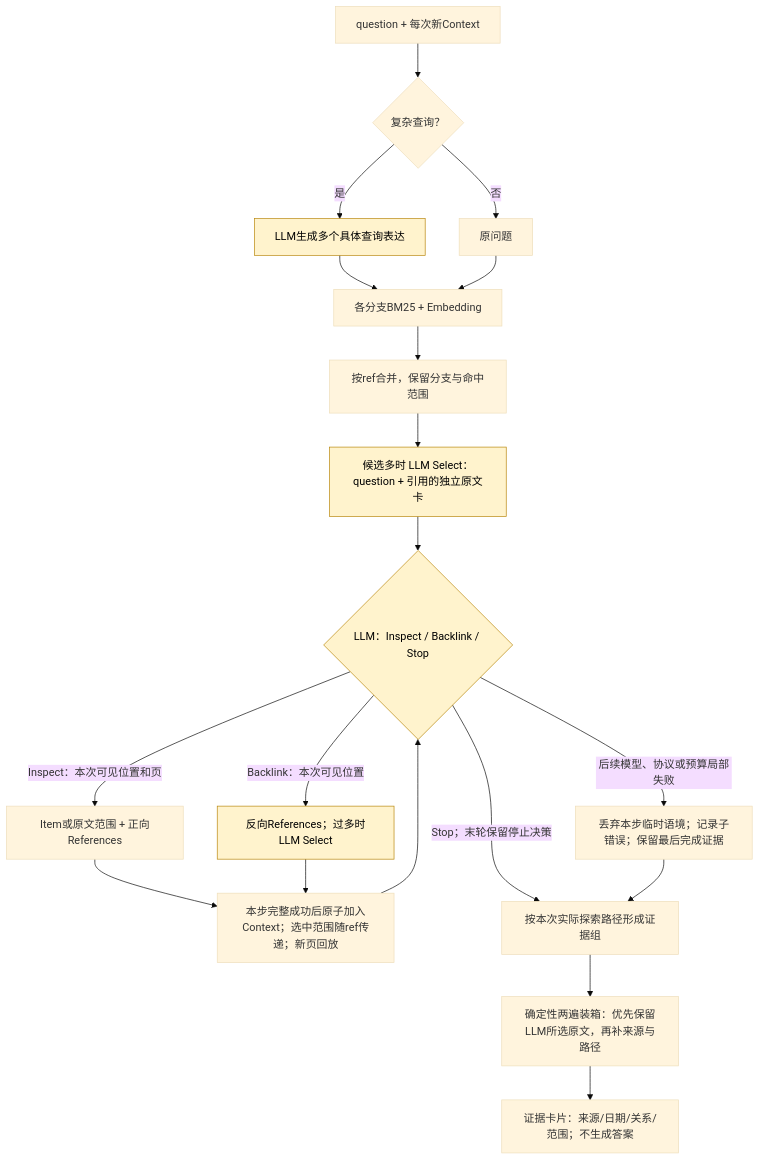
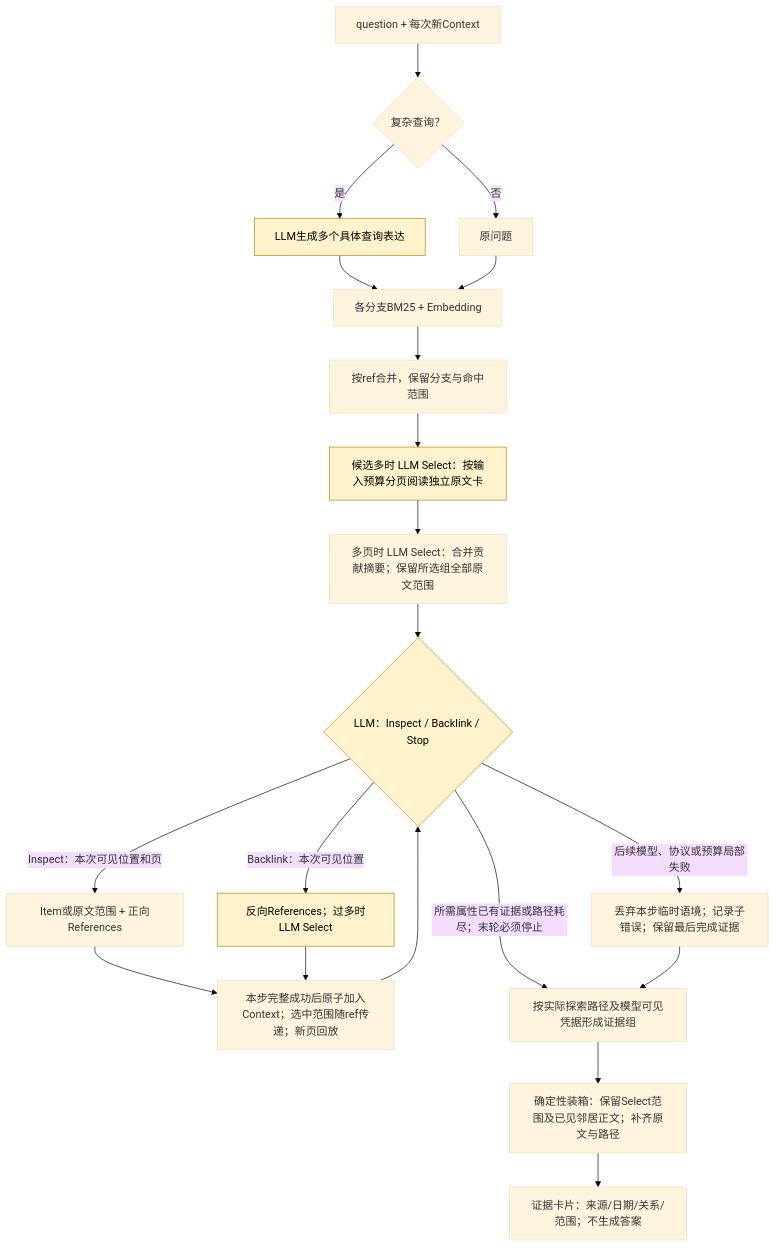
Before and after one commit to Graygoo7529/AM-Link: the third of 3 diagrams in DESIGN.md, drawn with Mermaid (base theme). The commit also changed other lines of this file and 53 other files, not shown here.

````diff
--- a/DESIGN.md
+++ b/DESIGN.md
@@ -88,23 +116,24 @@
 ```mermaid
 flowchart TD
  A[question + 每次新Context] --> B{复杂查询？}
  B -->|是| C[LLM生成多个具体查询表达]
  B -->|否| D[原问题]
  C --> Q[各分支BM25 + Embedding]
  D --> Q
  Q --> U[按ref合并，保留分支与命中范围]
- U --> S[候选多时 LLM Select：question + 引用的独立原文卡]
- S --> L{LLM：Inspect / Backlink / Stop}
+ U --> S[候选多时 LLM Select：按输入预算分页阅读独立原文卡]
+ S --> M[多页时 LLM Select：合并贡献摘要；保留所选组全部原文范围]
+ M --> L{LLM：Inspect / Backlink / Stop}
  L -->|Inspect：本次可见位置和页| I[Item或原文范围 + 正向References]
  L -->|Backlink：本次可见位置| K[反向References；过多时LLM Select]
  I --> P[本步完整成功后原子加入Context；选中范围随ref传递；新页回放]
  K --> P
  P --> L
- L -->|Stop；末轮保留停止决策| G[按本次实际探索路径形成证据组]
+ L -->|所需属性已有证据或路径耗尽；末轮必须停止| G[按实际探索路径及模型可见凭据形成证据组]
  L -->|后续模型、协议或预算局部失败| T[丢弃本步临时语境；记录子错误；保留最后完成证据]
  T --> G
- G --> F[确定性两遍装箱：优先保留LLM所选原文，再补来源与路径]
+ G --> F[确定性装箱：保留Select范围及已见邻居正文；补齐原文与路径]
  F --> O[证据卡片：来源/日期/关系/范围；不生成答案]
  classDef llm fill:#fff3cd,stroke:#b8860b,color:#000
  class C,S,L,K llm
 ```
````
